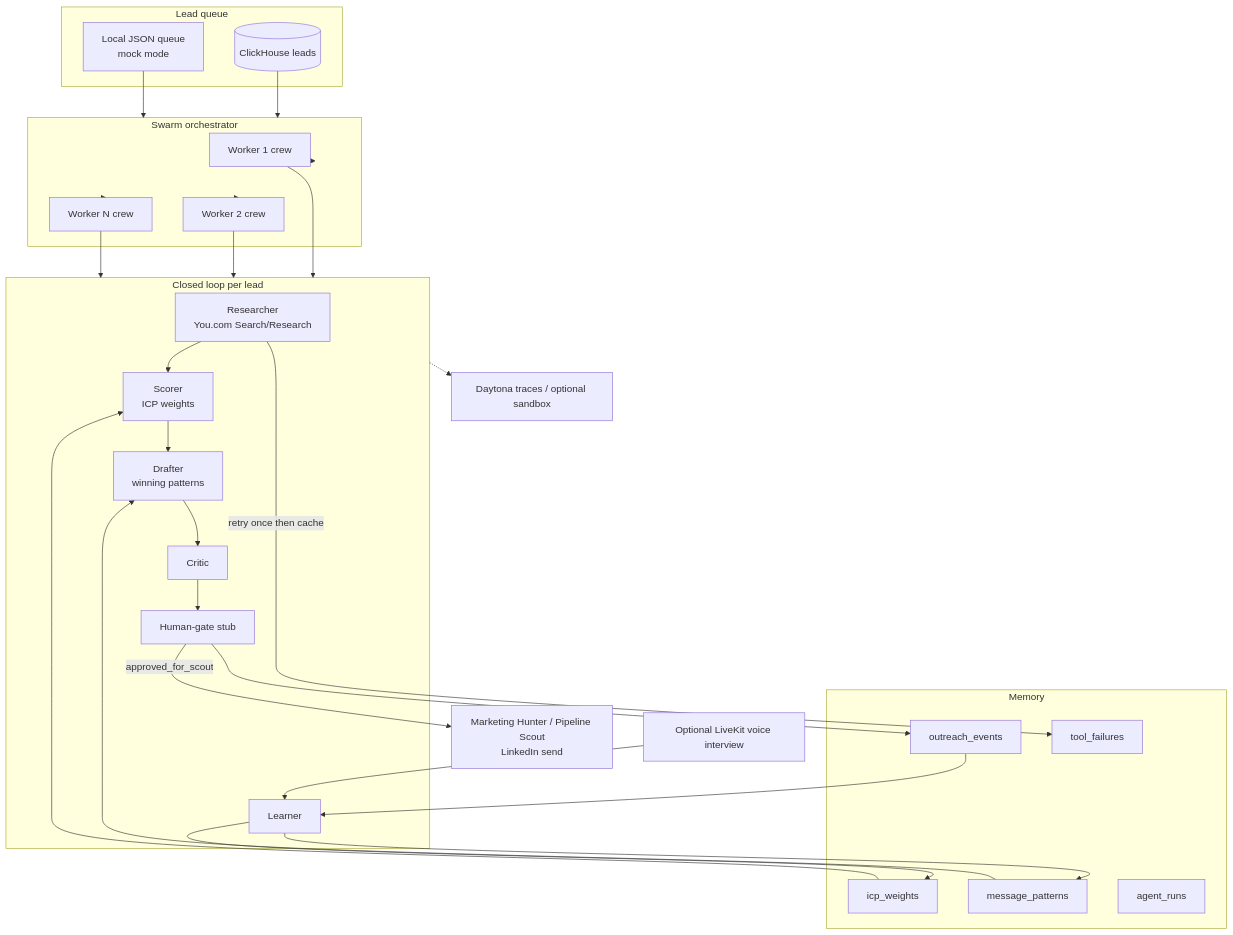
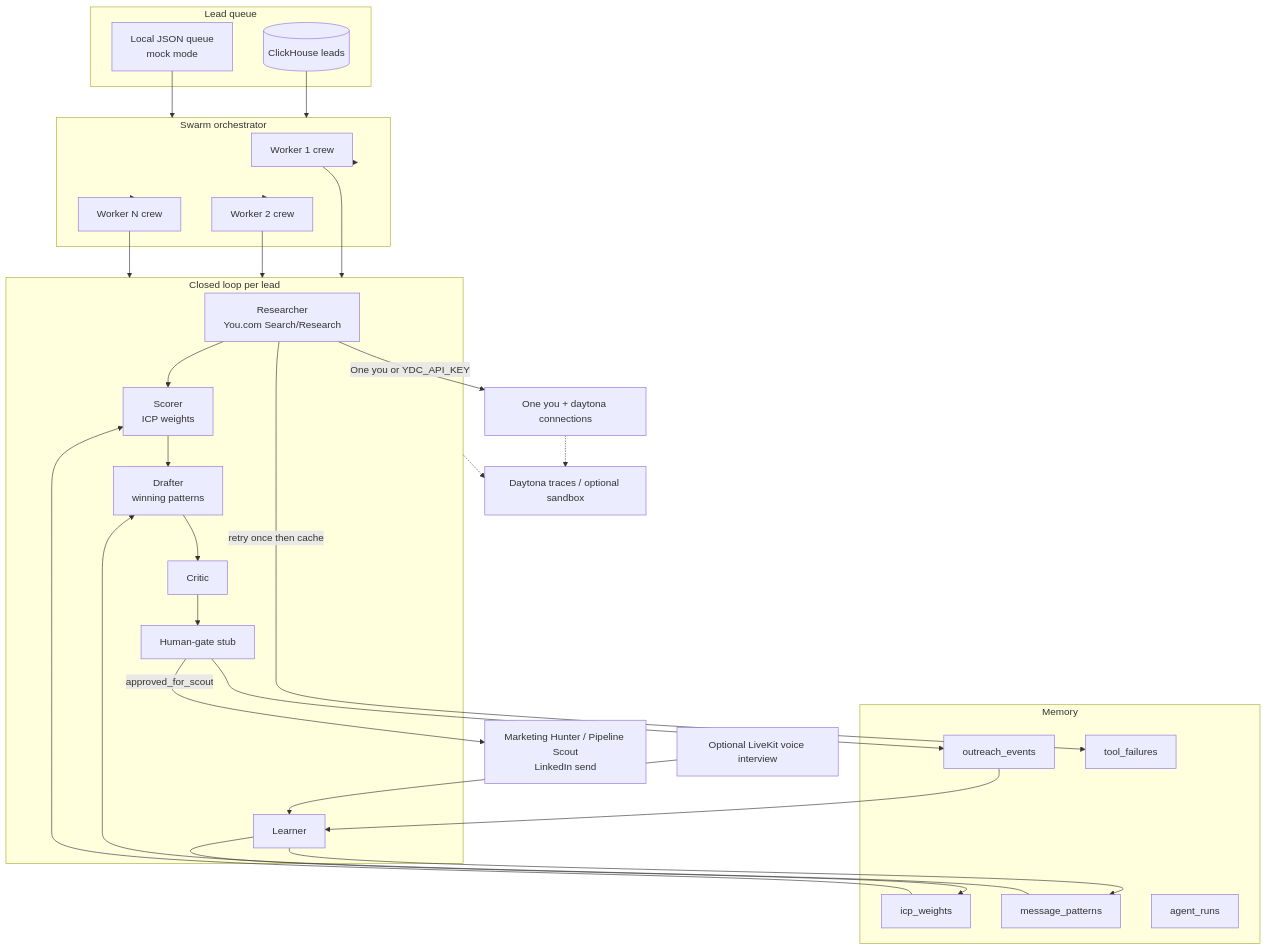
The first of 2 diagrams in README.md (Cubiczan/self-improving-outreach), drawn with Mermaid before and after one commit. The commit also changed other lines of this file and 27 other files, not shown here.

First line of the commit message:
Prefer One CLI for You.com research and Daytona sandboxes (#4)

````diff
--- a/README.md
+++ b/README.md
@@ -9,49 +9,52 @@
 ```mermaid
 flowchart TB
   subgraph queue [Lead queue]
     CH[(ClickHouse leads)]
     JSON[Local JSON queue<br/>mock mode]
   end
 
   subgraph swarm [Swarm orchestrator]
     W1[Worker 1 crew]
     W2[Worker 2 crew]
     WN[Worker N crew]
   end
 
   subgraph crew [Closed loop per lead]
     R[Researcher<br/>You.com Search/Research]
     S[Scorer<br/>ICP weights]
     D[Drafter<br/>winning patterns]
     C[Critic]
     G[Human-gate stub]
     L[Learner]
   end
 
   subgraph memory [Memory]
     WTS[icp_weights]
     PAT[message_patterns]
     EV[outreach_events]
     FAIL[tool_failures]
     RUNS[agent_runs]
   end
 
   Scout[Marketing Hunter / Pipeline Scout<br/>LinkedIn send]
+  One[One you + daytona connections]
   Daytona[Daytona traces / optional sandbox]
   Voice[Optional LiveKit voice interview]
 
   CH --> swarm
   JSON --> swarm
   swarm --> W1 & W2 & WN
   W1 & W2 & WN --> crew
+  R -->|One you or YDC_API_KEY| One
   R -->|retry once then cache| FAIL
   R --> S --> D --> C --> G --> EV
   G -->|approved_for_scout| Scout
   EV --> L
   L --> WTS
   L --> PAT
   PAT --> D
   WTS --> S
   Voice --> L
   crew -.-> Daytona
+  One -.-> Daytona
 ```
````
